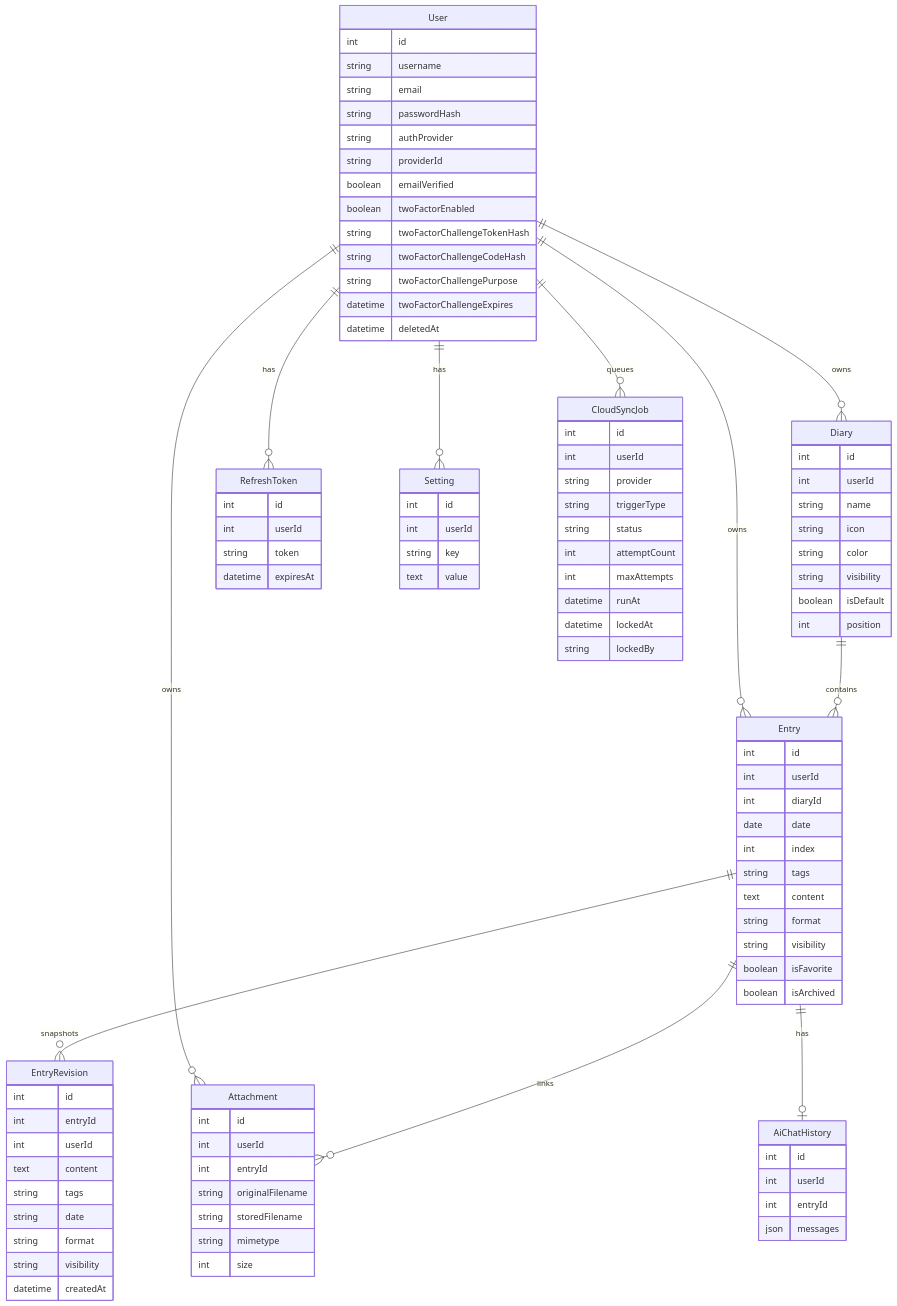
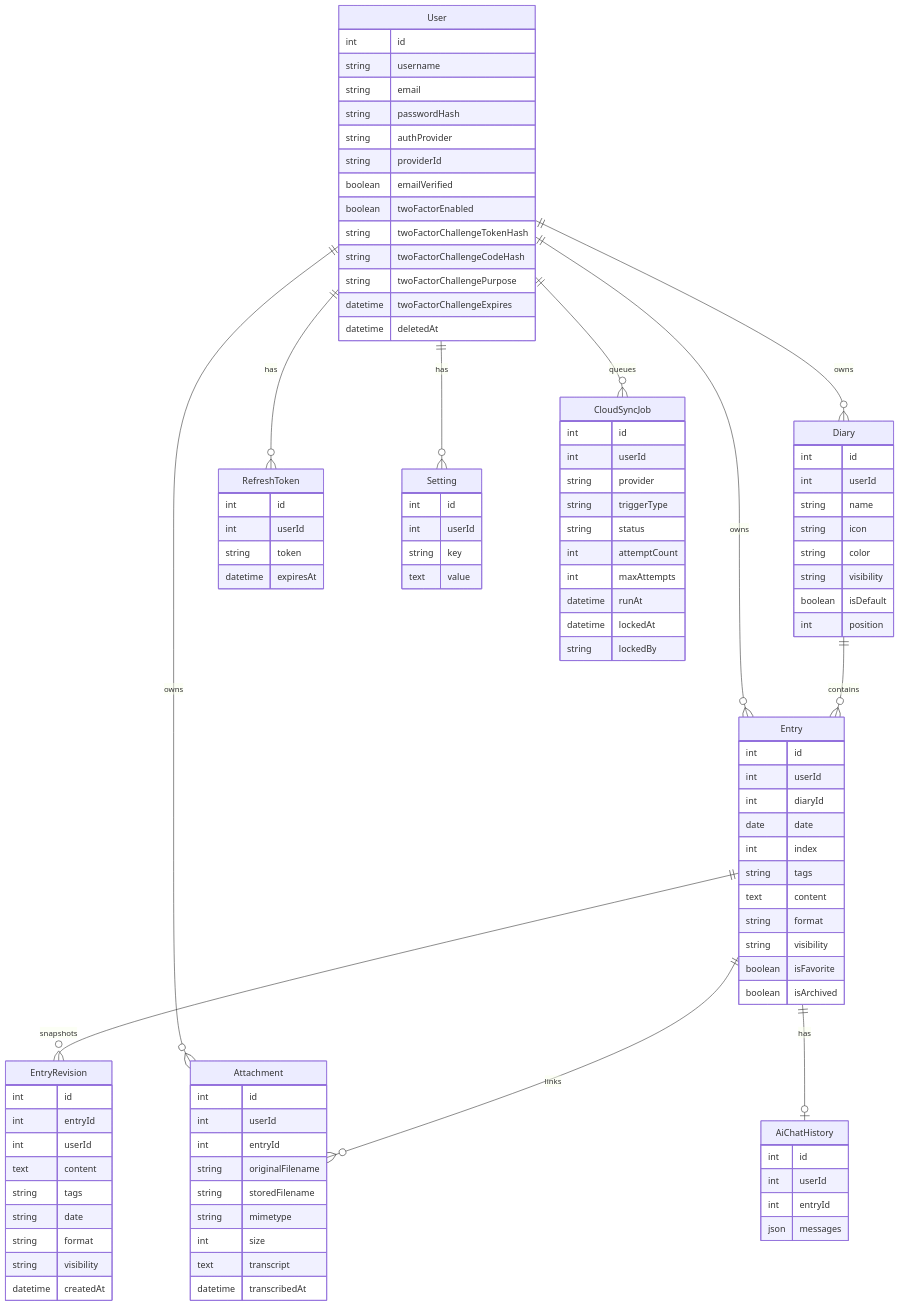
One commit to chefzaid/thoughty changed the diagram in docs/data-model.md. Above: the diagram before and after it, drawn with Mermaid. The commit also changed other lines of this file and 41 other files, not shown here.

```diff
--- a/docs/data-model.md
+++ b/docs/data-model.md
@@ -79,6 +79,8 @@
         string storedFilename
         string mimetype
         int size
+        text transcript
+        datetime transcribedAt
     }
 
     Setting {
```
